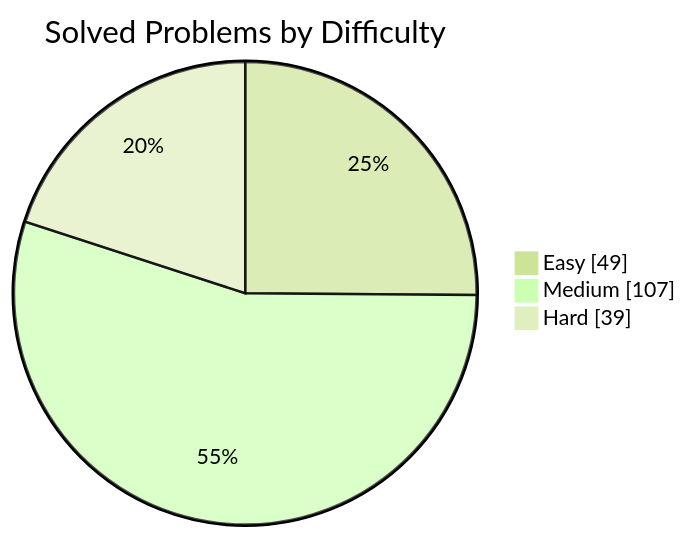
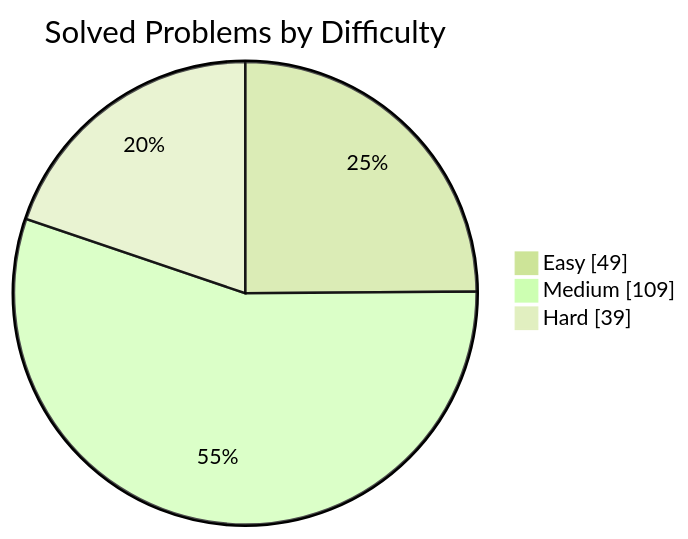
One commit to manikantbindass/DSA-Preparation-FAANG changed the first of 2 diagrams in README.md. Above: the diagram before and after it, drawn with Mermaid (forest theme). The commit also changed other lines of this file, not shown here.

````diff
--- a/README.md
+++ b/README.md
@@ -38,7 +38,7 @@
 ```mermaid
 pie showData
     title Solved Problems by Difficulty
     "Easy" : 49
-    "Medium" : 107
+    "Medium" : 109
     "Hard" : 39
 ```
````
